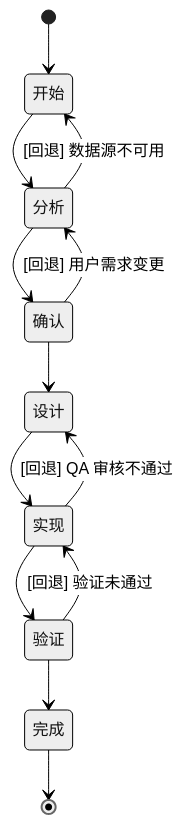
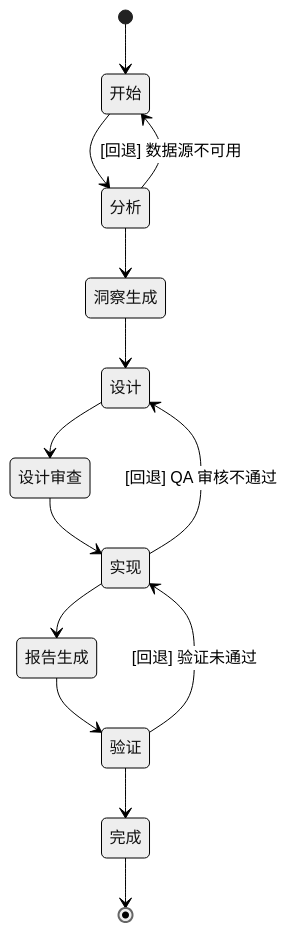
The first of 2 diagrams in SKILL.chunks/chunk-02-workflow.md (songzhou666/conspect), drawn with Mermaid (neutral theme) before and after one commit. The commit also changed other lines of this file and 19 other files, not shown here.

````diff
--- a/SKILL.chunks/chunk-02-workflow.md
+++ b/SKILL.chunks/chunk-02-workflow.md
@@ -7,16 +7,17 @@
 ```mermaid
 stateDiagram-v2
     [*] --> 开始
     开始 --> 分析
-    分析 --> 确认
-    确认 --> 设计
-    设计 --> 实现
-    实现 --> 验证
+    分析 --> 洞察生成
+    洞察生成 --> 设计
+    设计 --> 设计审查
+    设计审查 --> 实现
+    实现 --> 报告生成
+    报告生成 --> 验证
     验证 --> 完成
     完成 --> [*]
 
     分析 --> 开始: [回退] 数据源不可用
-    确认 --> 分析: [回退] 用户需求变更
     实现 --> 设计: [回退] QA 审核不通过
     验证 --> 实现: [回退] 验证未通过
 ```
````
